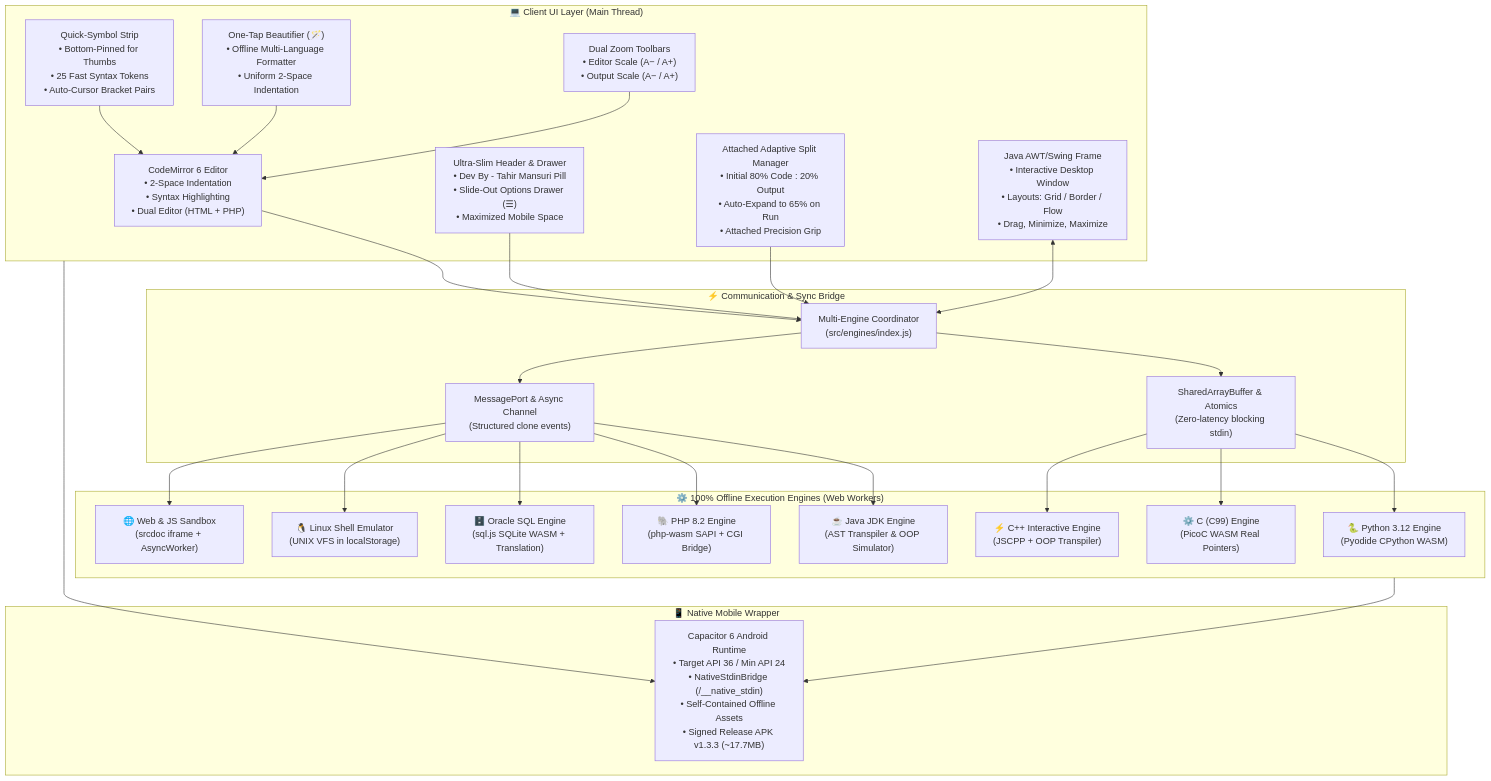
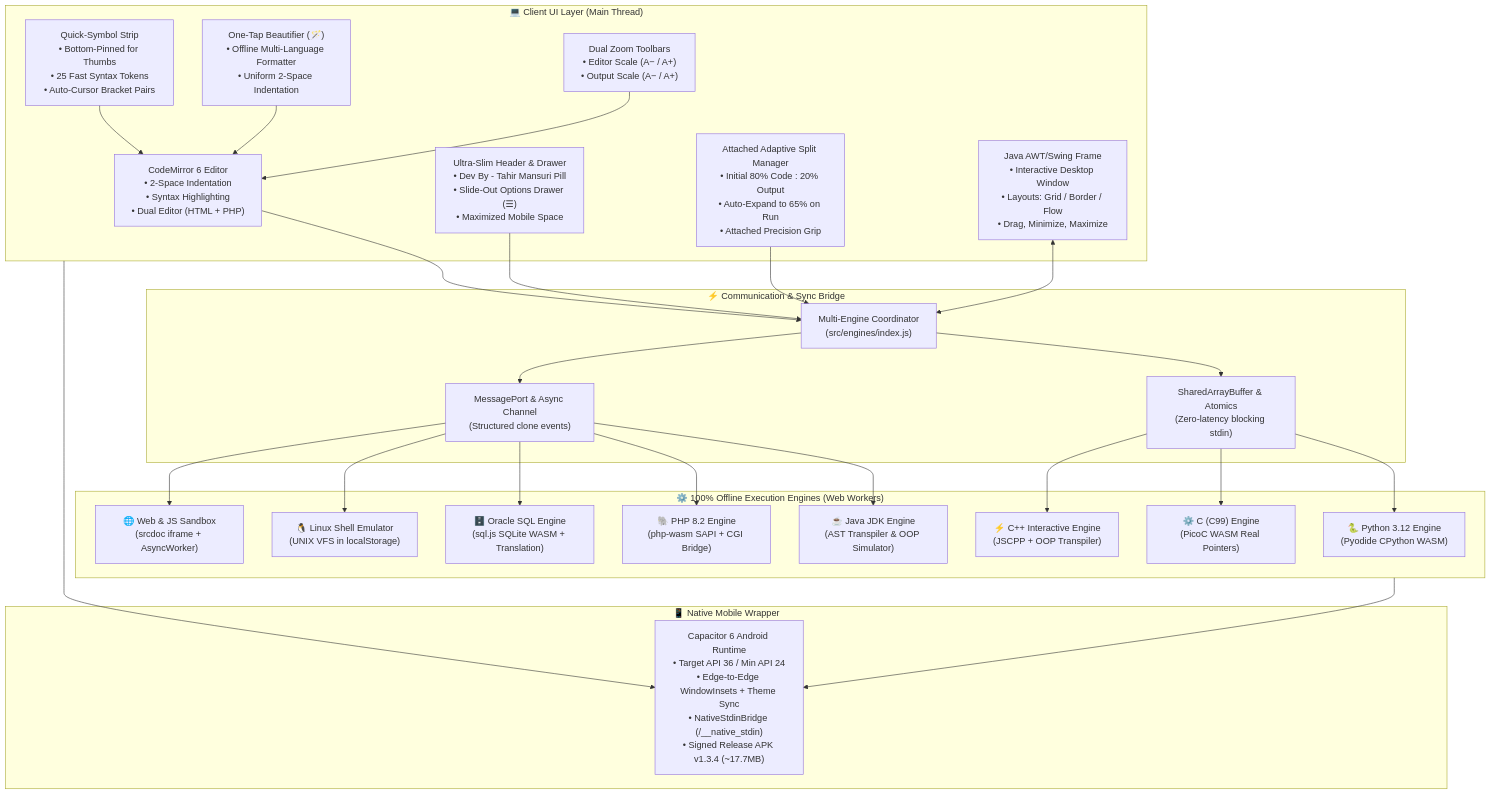
The diagram in README.md (TahirMansuri/ThinkCode-Lab), drawn with Mermaid before and after one commit. The commit also changed other lines of this file and 13 other files, not shown here.

Commit message:
release(v1.3.4): fix Android 15/16 Edge-to-Edge header alignment, dynamic bar contrast, drawer rendering & Build 11 APK

````diff
--- a/README.md
+++ b/README.md
@@ -72,55 +72,55 @@
 ```mermaid
 flowchart TD
   subgraph UI["💻 Client UI Layer (Main Thread)"]
     CM["CodeMirror 6 Editor\n• 2-Space Indentation\n• Syntax Highlighting\n• Dual Editor (HTML + PHP)"]
     QB["Quick-Symbol Strip\n• Bottom-Pinned for Thumbs\n• 25 Fast Syntax Tokens\n• Auto-Cursor Bracket Pairs"]
     FMT["One-Tap Beautifier (🪄)\n• Offline Multi-Language Formatter\n• Uniform 2-Space Indentation"]
     HDR["Ultra-Slim Header & Drawer\n• Dev By - Tahir Mansuri Pill\n• Slide-Out Options Drawer (☰)\n• Maximized Mobile Space"]
     SM["Attached Adaptive Split Manager\n• Initial 80% Code : 20% Output\n• Auto-Expand to 65% on Run\n• Attached Precision Grip"]
     GUI["Java AWT/Swing Frame\n• Interactive Desktop Window\n• Layouts: Grid / Border / Flow\n• Drag, Minimize, Maximize"]
     ZM["Dual Zoom Toolbars\n• Editor Scale (A− / A+)\n• Output Scale (A− / A+)"]
   end
 
   subgraph Bridge["⚡ Communication & Sync Bridge"]
     COORD["Multi-Engine Coordinator\n(src/engines/index.js)"]
     SAB["SharedArrayBuffer & Atomics\n(Zero-latency blocking stdin)"]
     MSG["MessagePort & Async Channel\n(Structured clone events)"]
   end
 
   subgraph Engines["⚙️ 100% Offline Execution Engines (Web Workers)"]
     PY["🐍 Python 3.12 Engine\n(Pyodide CPython WASM)"]
     JAVA["☕ Java JDK Engine\n(AST Transpiler & OOP Simulator)"]
     C["⚙️ C (C99) Engine\n(PicoC WASM Real Pointers)"]
     CPP["⚡ C++ Interactive Engine\n(JSCPP + OOP Transpiler)"]
     PHP["🐘 PHP 8.2 Engine\n(php-wasm SAPI + CGI Bridge)"]
     SQL["🗄️ Oracle SQL Engine\n(sql.js SQLite WASM + Translation)"]
     SH["🐧 Linux Shell Emulator\n(UNIX VFS in localStorage)"]
     WEB["🌐 Web & JS Sandbox\n(srcdoc iframe + AsyncWorker)"]
   end
 
   subgraph Native["📱 Native Mobile Wrapper"]
-    CAP["Capacitor 6 Android Runtime\n• Target API 36 / Min API 24\n• NativeStdinBridge (/__native_stdin)\n• Self-Contained Offline Assets\n• Signed Release APK v1.3.3 (~17.7MB)"]
+    CAP["Capacitor 6 Android Runtime\n• Target API 36 / Min API 24\n• Edge-to-Edge WindowInsets + Theme Sync\n• NativeStdinBridge (/__native_stdin)\n• Signed Release APK v1.3.4 (~17.7MB)"]
   end
 
   CM --> COORD
   QB --> CM
   FMT --> CM
   SM --> COORD
   HDR --> COORD
   COORD --> SAB
   COORD --> MSG
   GUI <--> COORD
   ZM --> CM
 
   SAB --> PY
   SAB --> C
   SAB --> CPP
   MSG --> JAVA
   MSG --> PHP
   MSG --> SQL
   MSG --> SH
   MSG --> WEB
 
   UI --> CAP
   Engines --> CAP
 ```
````
